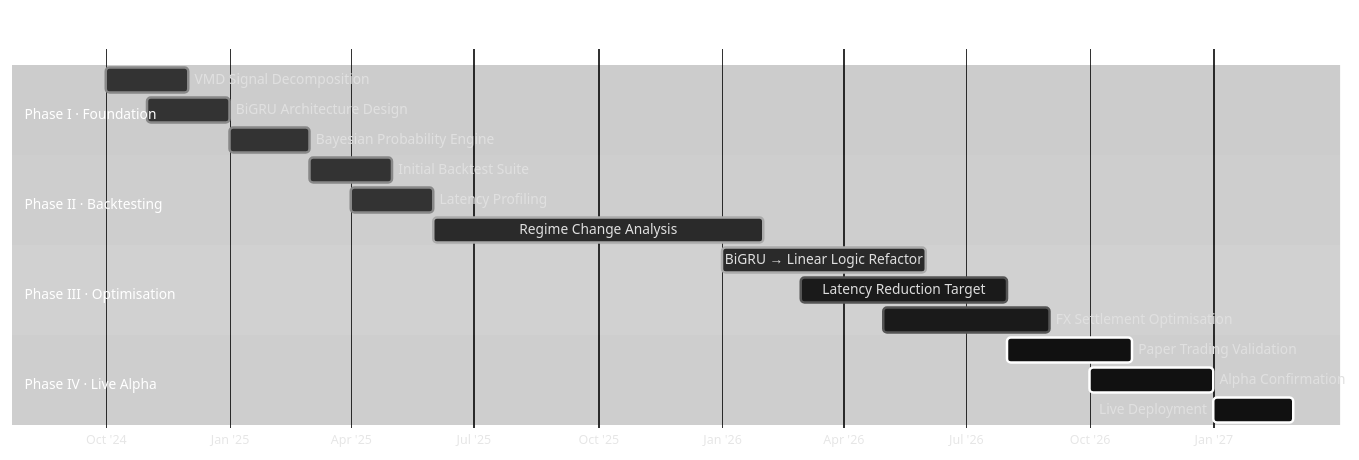
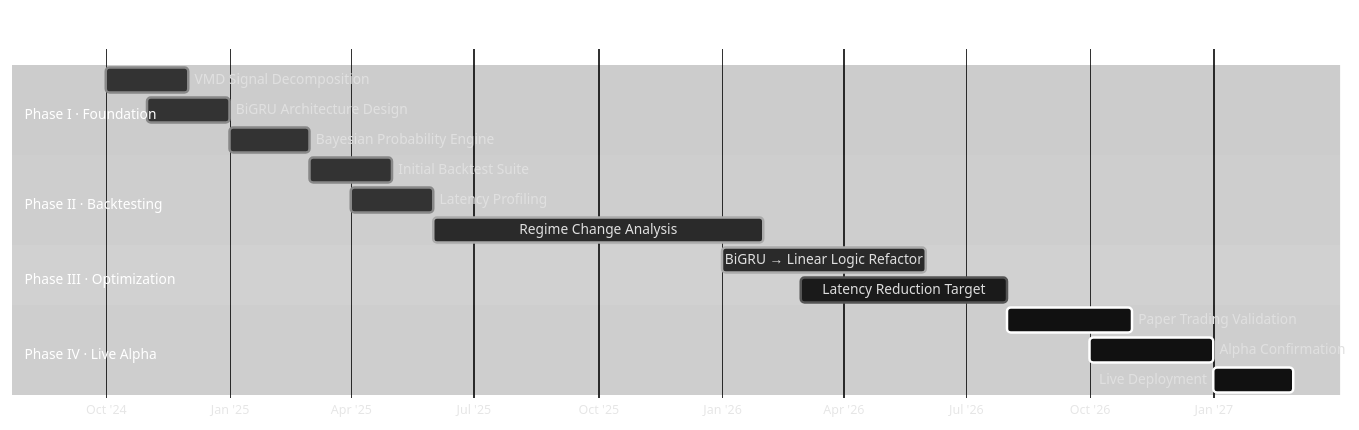
The fifth of 5 diagrams in README.md (new-vector/Aegis), drawn with Mermaid before and after one commit. The commit also changed other lines of this file, not shown here.

````diff
--- a/README.md
+++ b/README.md
@@ -170,27 +155,26 @@
 ```mermaid
 %%{init: {"theme": "base", "themeVariables": {"primaryColor": "#1a1a1a", "primaryTextColor": "#e0e0e0", "primaryBorderColor": "#555555", "lineColor": "#777777", "background": "#000000", "mainBkg": "#1a1a1a", "titleColor": "#ffffff", "taskBkgColor": "#1a1a1a", "taskBorderColor": "#555555", "taskTextColor": "#dddddd", "activeTaskBkgColor": "#2a2a2a", "activeTaskBorderColor": "#aaaaaa", "doneTaskBkgColor": "#333333", "doneTaskBorderColor": "#888888", "critBkgColor": "#111111", "critBorderColor": "#ffffff", "sectionBkgColor": "#000000", "altSectionBkgColor": "#0d0d0d", "gridColor": "#333333"}} }%%
 gantt
     title AEGIS Timeline
     dateFormat YYYY-MM
     axisFormat %b '%y
 
     section Phase I · Foundation
     VMD Signal Decomposition        :done,    p1a, 2024-10, 2024-12
     BiGRU Architecture Design       :done,    p1b, 2024-11, 2025-01
     Bayesian Probability Engine     :done,    p1c, 2025-01, 2025-03
 
     section Phase II · Backtesting
     Initial Backtest Suite          :done,    p2a, 2025-03, 2025-05
     Latency Profiling               :done,    p2b, 2025-04, 2025-06
     Regime Change Analysis          :active,  p2c, 2025-06, 2026-02
 
-    section Phase III · Optimisation
+    section Phase III · Optimization
     BiGRU → Linear Logic Refactor   :active,  p3a, 2026-01, 2026-06
     Latency Reduction Target        :         p3b, 2026-03, 2026-08
-    FX Settlement Optimisation      :         p3c, 2026-05, 2026-09
 
     section Phase IV · Live Alpha
     Paper Trading Validation        :crit,    p4a, 2026-08, 2026-11
     Alpha Confirmation              :crit,    p4b, 2026-10, 2027-01
     Live Deployment                 :crit,    p4c, 2027-01, 2027-03
 ```
````
